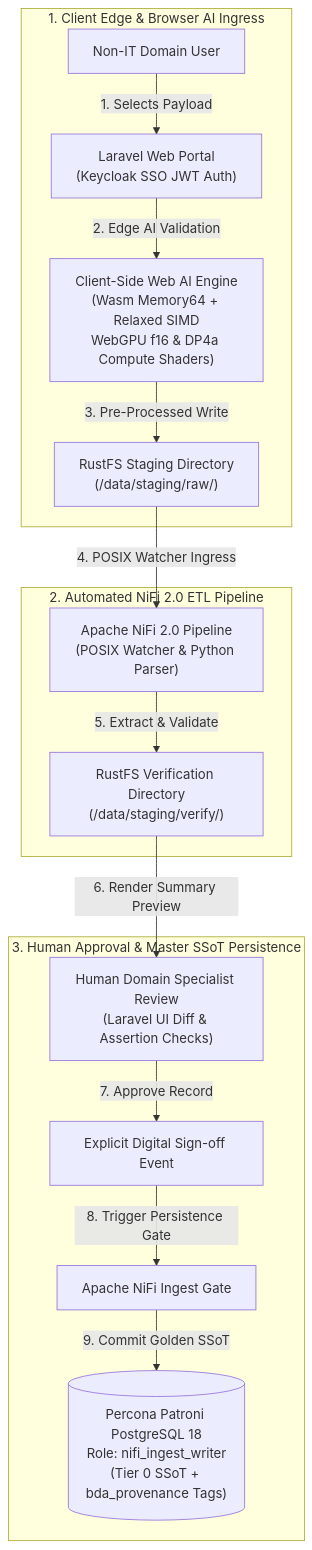
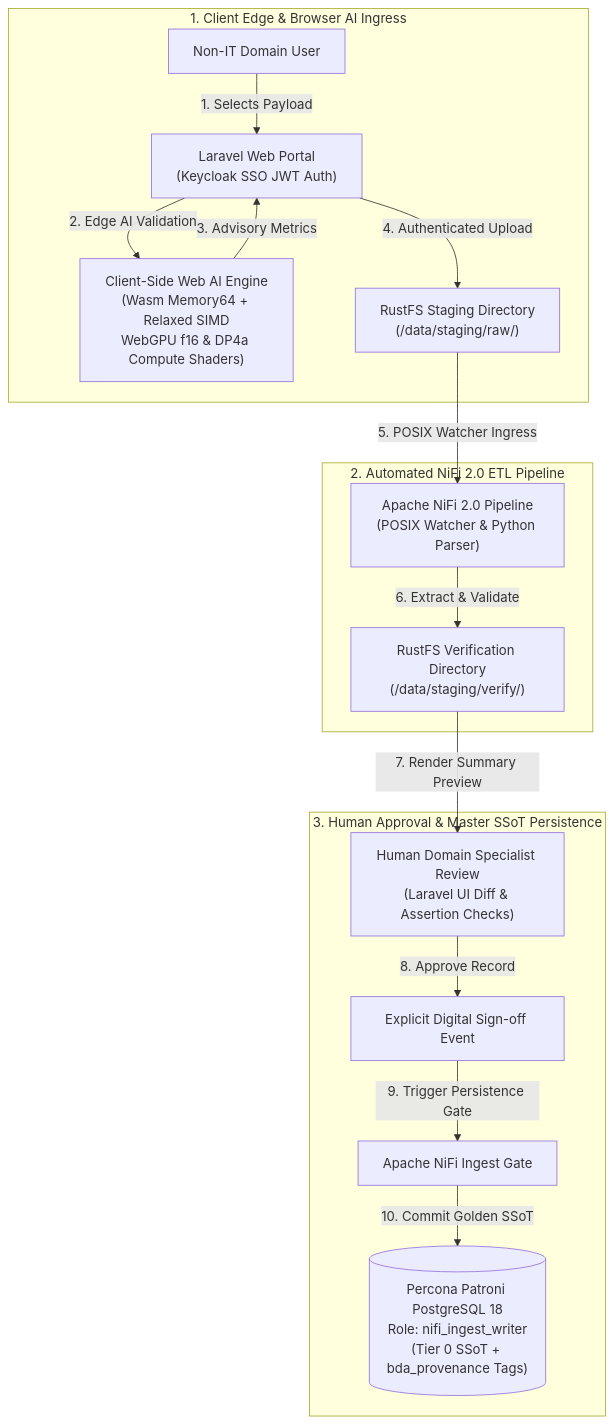
One commit to linuxmalaysia/bda-ai-infra changed the diagram in docs/proposals/nre-bda-pipeline-upgrade.md. Above: the diagram before and after it, drawn with Mermaid. The commit also changed other lines of this file and 1 other file, not shown here.

Commit message:
docs(proposals): define Memory64 executable probe and correct Mermaid boundary contract

````diff
--- a/docs/proposals/nre-bda-pipeline-upgrade.md
+++ b/docs/proposals/nre-bda-pipeline-upgrade.md
@@ -226,31 +226,32 @@
 ```mermaid
 flowchart TD
     subgraph ClientEdge ["1. Client Edge & Browser AI Ingress"]
         User["Non-IT Domain User"]
         Laravel["Laravel Web Portal\n(Keycloak SSO JWT Auth)"]
         WasmAI["Client-Side Web AI Engine\n(Wasm Memory64 + Relaxed SIMD\nWebGPU f16 & DP4a Compute Shaders)"]
         RawStaging["RustFS Staging Directory\n(/data/staging/raw/)"]
     end
 
     subgraph NiFiETL ["2. Automated NiFi 2.0 ETL Pipeline"]
         NiFiWatcher["Apache NiFi 2.0 Pipeline\n(POSIX Watcher & Python Parser)"]
         VerifyStaging["RustFS Verification Directory\n(/data/staging/verify/)"]
     end
 
     subgraph SSoTHuman ["3. Human Approval & Master SSoT Persistence"]
         HumanReview["Human Domain Specialist Review\n(Laravel UI Diff & Assertion Checks)"]
         SignoffEvent["Explicit Digital Sign-off Event"]
         NiFiGate["Apache NiFi Ingest Gate"]
         PostgresSSoT[("Percona Patroni PostgreSQL 18\nRole: nifi_ingest_writer\n(Tier 0 SSoT + bda_provenance Tags)")]
     end
 
     User -->|"1. Selects Payload"| Laravel
     Laravel -->|"2. Edge AI Validation"| WasmAI
-    WasmAI -->|"3. Pre-Processed Write"| RawStaging
-    RawStaging -->|"4. POSIX Watcher Ingress"| NiFiWatcher
-    NiFiWatcher -->|"5. Extract & Validate"| VerifyStaging
-    VerifyStaging -->|"6. Render Summary Preview"| HumanReview
-    HumanReview -->|"7. Approve Record"| SignoffEvent
-    SignoffEvent -->|"8. Trigger Persistence Gate"| NiFiGate
-    NiFiGate -->|"9. Commit Golden SSoT"| PostgresSSoT
+    WasmAI -->|"3. Advisory Metrics"| Laravel
+    Laravel -->|"4. Authenticated Upload"| RawStaging
+    RawStaging -->|"5. POSIX Watcher Ingress"| NiFiWatcher
+    NiFiWatcher -->|"6. Extract & Validate"| VerifyStaging
+    VerifyStaging -->|"7. Render Summary Preview"| HumanReview
+    HumanReview -->|"8. Approve Record"| SignoffEvent
+    SignoffEvent -->|"9. Trigger Persistence Gate"| NiFiGate
+    NiFiGate -->|"10. Commit Golden SSoT"| PostgresSSoT
 ```
````
